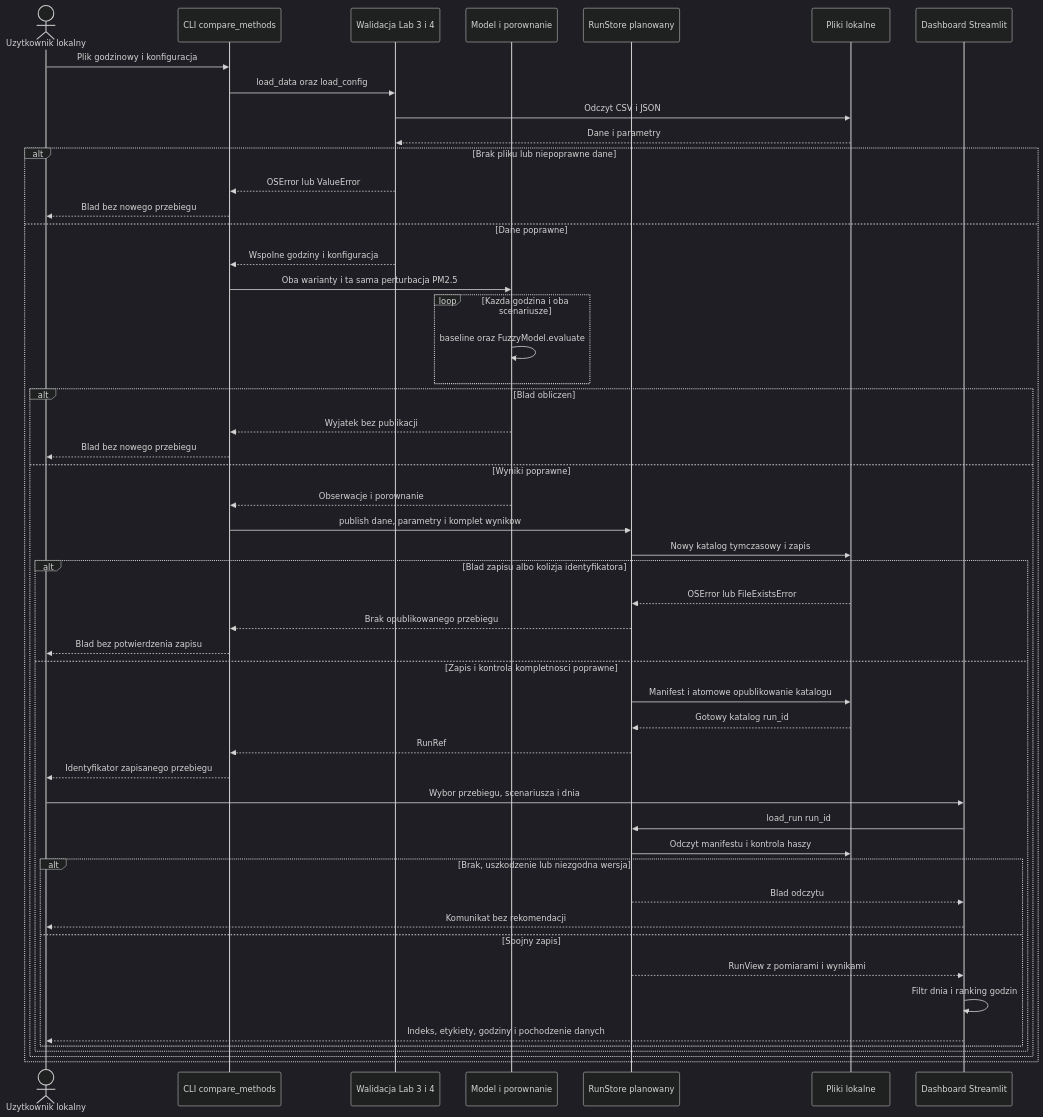
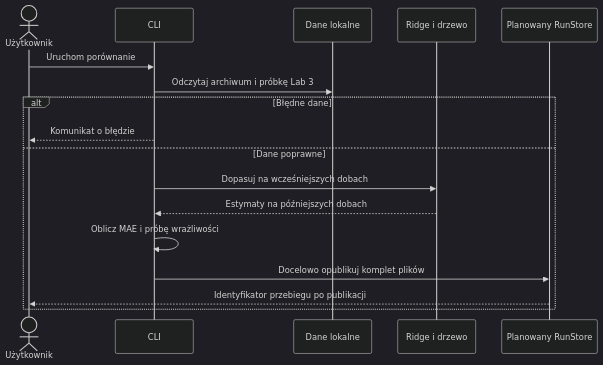
One commit to Privot6/ProjektInformatyczny changed the diagram in docs/diagrams/uc01-sequence.mmd. Above: the diagram before and after it, drawn with Mermaid (dark theme). The commit also changed 63 other files, not shown here.

```diff
--- a/docs/diagrams/uc01-sequence.mmd
+++ b/docs/diagrams/uc01-sequence.mmd
@@ -1,51 +1,17 @@
 sequenceDiagram
-    actor U as Uzytkownik lokalny
-    participant C as CLI compare_methods
-    participant V as Walidacja Lab 3 i 4
-    participant A as Model i porownanie
-    participant S as RunStore planowany
-    participant F as Pliki lokalne
-    participant D as Dashboard Streamlit
-    U->>C: Plik godzinowy i konfiguracja
-    C->>V: load_data oraz load_config
-    V->>F: Odczyt CSV i JSON
-    F-->>V: Dane i parametry
-    alt Brak pliku lub niepoprawne dane
-        V-->>C: OSError lub ValueError
-        C-->>U: Blad bez nowego przebiegu
+    actor U as Użytkownik
+    participant C as CLI
+    participant D as Dane lokalne
+    participant M as Ridge i drzewo
+    participant S as Planowany RunStore
+    U->>C: Uruchom porównanie
+    C->>D: Odczytaj archiwum i próbkę Lab 3
+    alt Błędne dane
+        C-->>U: Komunikat o błędzie
     else Dane poprawne
-        V-->>C: Wspolne godziny i konfiguracja
-        C->>A: Oba warianty i ta sama perturbacja PM2.5
-        loop Kazda godzina i oba scenariusze
-            A->>A: baseline oraz FuzzyModel.evaluate
-        end
-        alt Blad obliczen
-            A-->>C: Wyjatek bez publikacji
-            C-->>U: Blad bez nowego przebiegu
-        else Wyniki poprawne
-            A-->>C: Obserwacje i porownanie
-            C->>S: publish dane, parametry i komplet wynikow
-            S->>F: Nowy katalog tymczasowy i zapis
-            alt Blad zapisu albo kolizja identyfikatora
-                F-->>S: OSError lub FileExistsError
-                S-->>C: Brak opublikowanego przebiegu
-                C-->>U: Blad bez potwierdzenia zapisu
-            else Zapis i kontrola kompletnosci poprawne
-                S->>F: Manifest i atomowe opublikowanie katalogu
-                F-->>S: Gotowy katalog run_id
-                S-->>C: RunRef
-                C-->>U: Identyfikator zapisanego przebiegu
-                U->>D: Wybor przebiegu, scenariusza i dnia
-                D->>S: load_run run_id
-                S->>F: Odczyt manifestu i kontrola haszy
-                alt Brak, uszkodzenie lub niezgodna wersja
-                    S-->>D: Blad odczytu
-                    D-->>U: Komunikat bez rekomendacji
-                else Spojny zapis
-                    S-->>D: RunView z pomiarami i wynikami
-                    D->>D: Filtr dnia i ranking godzin
-                    D-->>U: Indeks, etykiety, godziny i pochodzenie danych
-                end
-            end
-        end
+        C->>M: Dopasuj na wcześniejszych dobach
+        M-->>C: Estymaty na późniejszych dobach
+        C->>C: Oblicz MAE i próbę wrażliwości
+        C->>S: Docelowo opublikuj komplet plików
+        S-->>U: Identyfikator przebiegu po publikacji
     end
```
